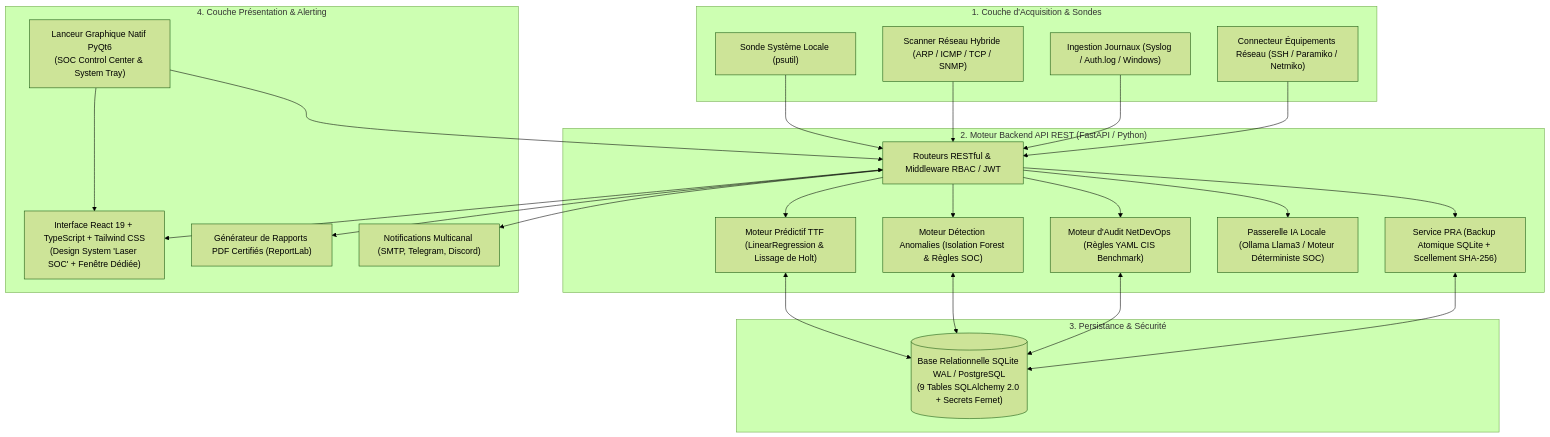
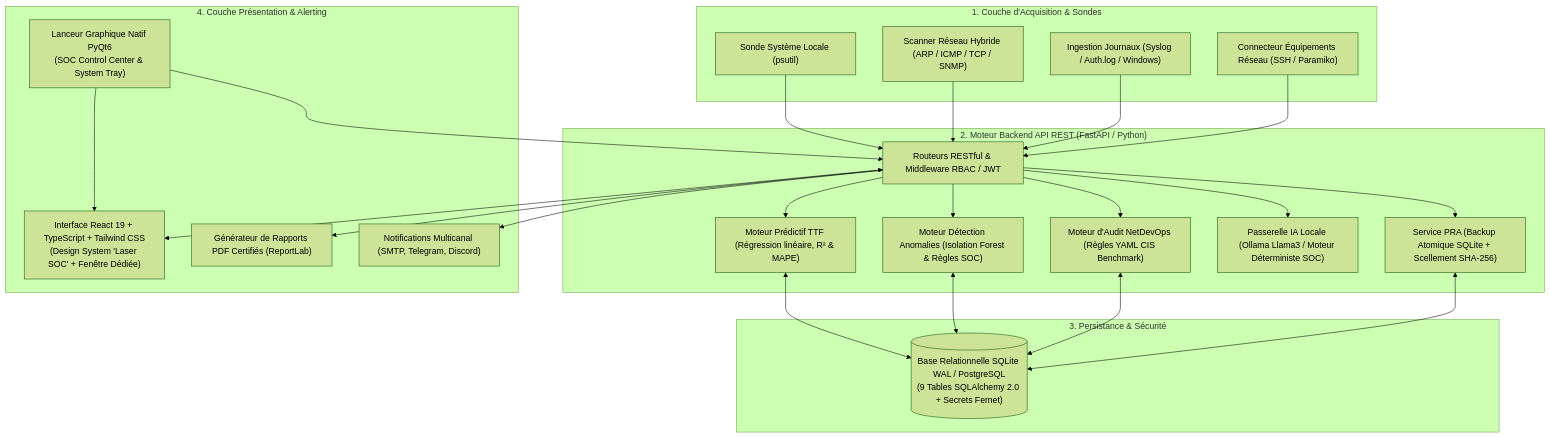
Before and after one commit to HVXS-TEAM/SentinelleAIOPS_v2: the diagram in README.md, drawn with Mermaid (forest theme). The commit also changed other lines of this file and 165 other files, not shown here.

````diff
--- a/README.md
+++ b/README.md
@@ -92,37 +80,37 @@
 ```mermaid
 flowchart TD
     subgraph Collecte["1. Couche d'Acquisition & Sondes"]
         PS["Sonde Système Locale (psutil)"]
         SCAN["Scanner Réseau Hybride (ARP / ICMP / TCP / SNMP)"]
         LOGS["Ingestion Journaux (Syslog / Auth.log / Windows)"]
-        NET["Connecteur Équipements Réseau (SSH / Paramiko / Netmiko)"]
+        NET["Connecteur Équipements Réseau (SSH / Paramiko)"]
     end
 
     subgraph Backend["2. Moteur Backend API REST (FastAPI / Python)"]
         API["Routeurs RESTful & Middleware RBAC / JWT"]
-        ML_SUP["Moteur Prédictif TTF (LinearRegression & Lissage de Holt)"]
+        ML_SUP["Moteur Prédictif TTF (Régression linéaire, R² & MAPE)"]
         ML_SEC["Moteur Détection Anomalies (Isolation Forest & Règles SOC)"]
         CIS["Moteur d'Audit NetDevOps (Règles YAML CIS Benchmark)"]
         LLM["Passerelle IA Locale (Ollama Llama3 / Moteur Déterministe SOC)"]
         PRA["Service PRA (Backup Atomique SQLite + Scellement SHA-256)"]
     end
 
     subgraph Stockage["3. Persistance & Sécurité"]
         DB[("Base Relationnelle SQLite WAL / PostgreSQL\n(9 Tables SQLAlchemy 2.0 + Secrets Fernet)")]
     end
 
     subgraph Presentation["4. Couche Présentation & Alerting"]
         UI["Interface React 19 + TypeScript + Tailwind CSS\n(Design System 'Laser SOC' + Fenêtre Dédiée)"]
         LAUNCHER["Lanceur Graphique Natif PyQt6\n(SOC Control Center & System Tray)"]
         PDF["Générateur de Rapports PDF Certifiés (ReportLab)"]
         NOTIF["Notifications Multicanal (SMTP, Telegram, Discord)"]
     end
 
     PS & SCAN & LOGS & NET --> API
     API --> ML_SUP & ML_SEC & CIS & LLM & PRA
     ML_SUP & ML_SEC & CIS & PRA <--> DB
     API <--> UI
     LAUNCHER --> API
     LAUNCHER --> UI
     API --> PDF & NOTIF
 ```
````
